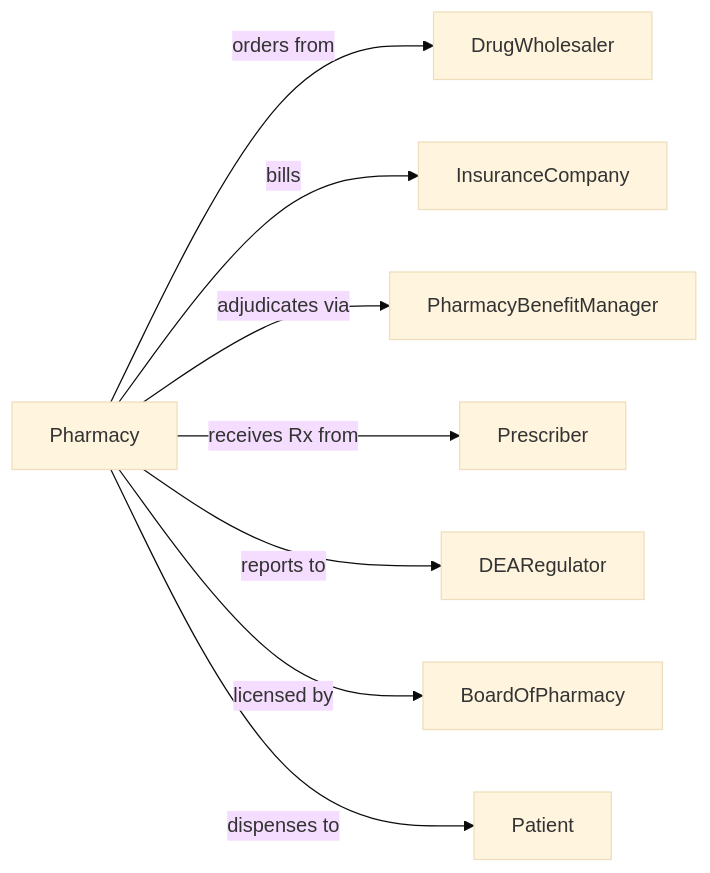
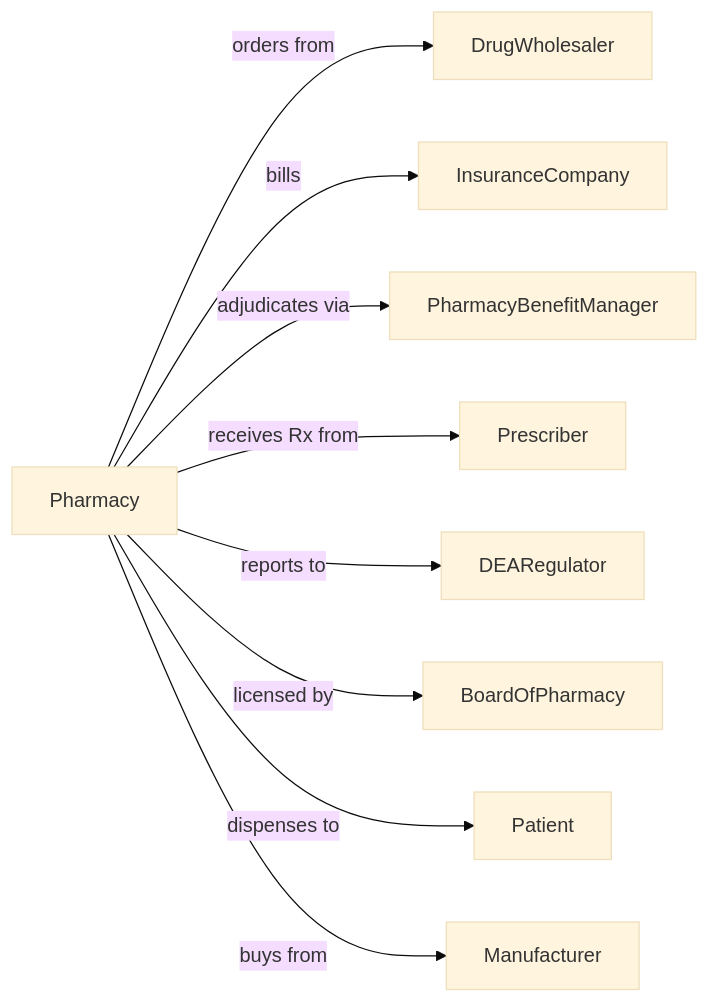
The second of 2 diagrams in RetailTrade/HealthAndPersonalCareRetailers/HealthAndPersonalCareRetailers/PharmaciesAndDrugRetailers.mdx (dot-org-ai/industries.org.ai), drawn with Mermaid (base theme) before and after one commit. The commit also changed 588 other files, not shown here.

````diff
--- a/RetailTrade/HealthAndPersonalCareRetailers/HealthAndPersonalCareRetailers/PharmaciesAndDrugRetailers.mdx
+++ b/RetailTrade/HealthAndPersonalCareRetailers/HealthAndPersonalCareRetailers/PharmaciesAndDrugRetailers.mdx
@@ -132,12 +132,13 @@
 ```mermaid
 graph LR
     P[Pharmacy]
 
     P -->|orders from| DrugWholesaler
     P -->|bills| InsuranceCompany
     P -->|adjudicates via| PharmacyBenefitManager
     P -->|receives Rx from| Prescriber
     P -->|reports to| DEARegulator
     P -->|licensed by| BoardOfPharmacy
     P -->|dispenses to| Patient
+    P -->|buys from| Manufacturer
 ```
````
